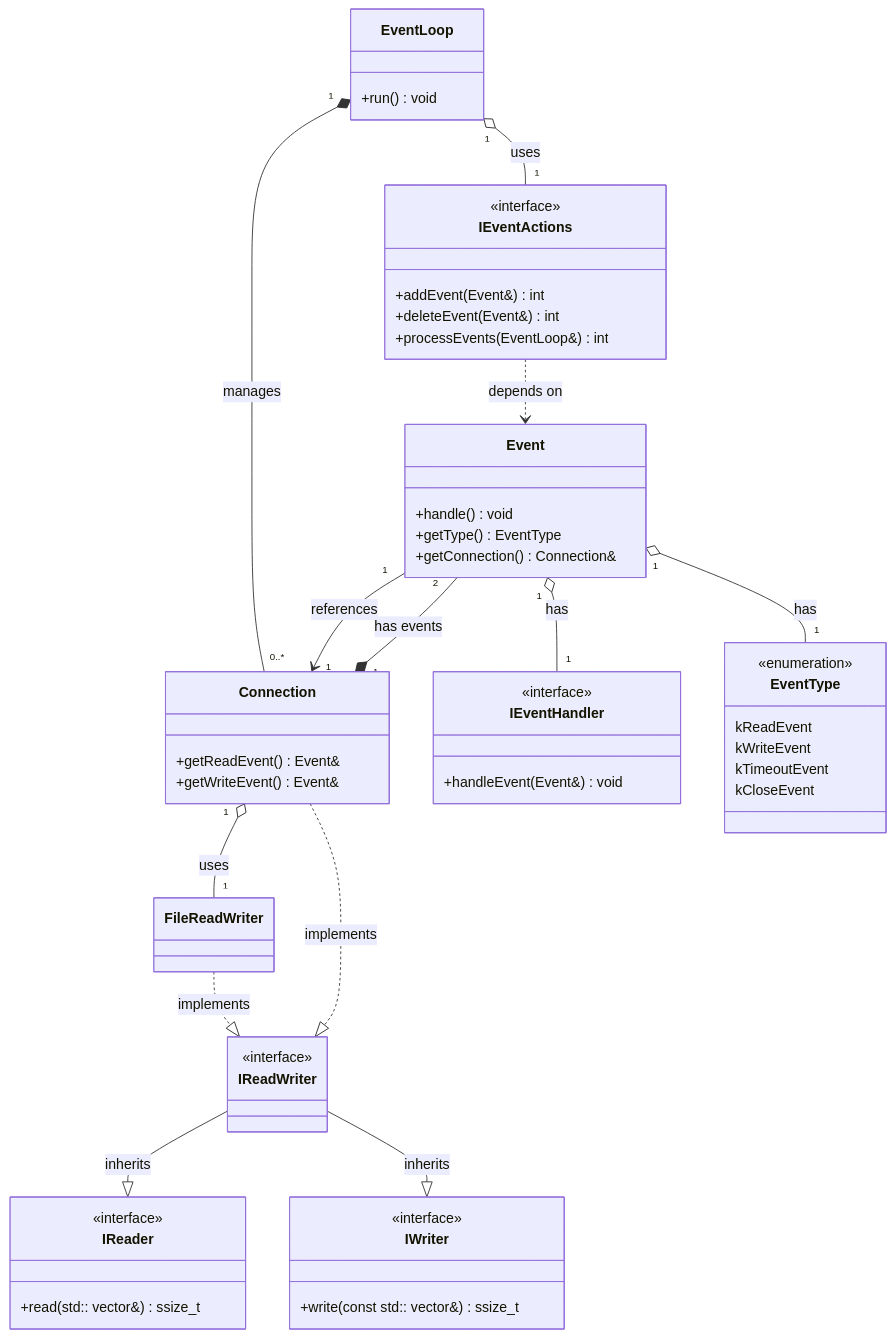
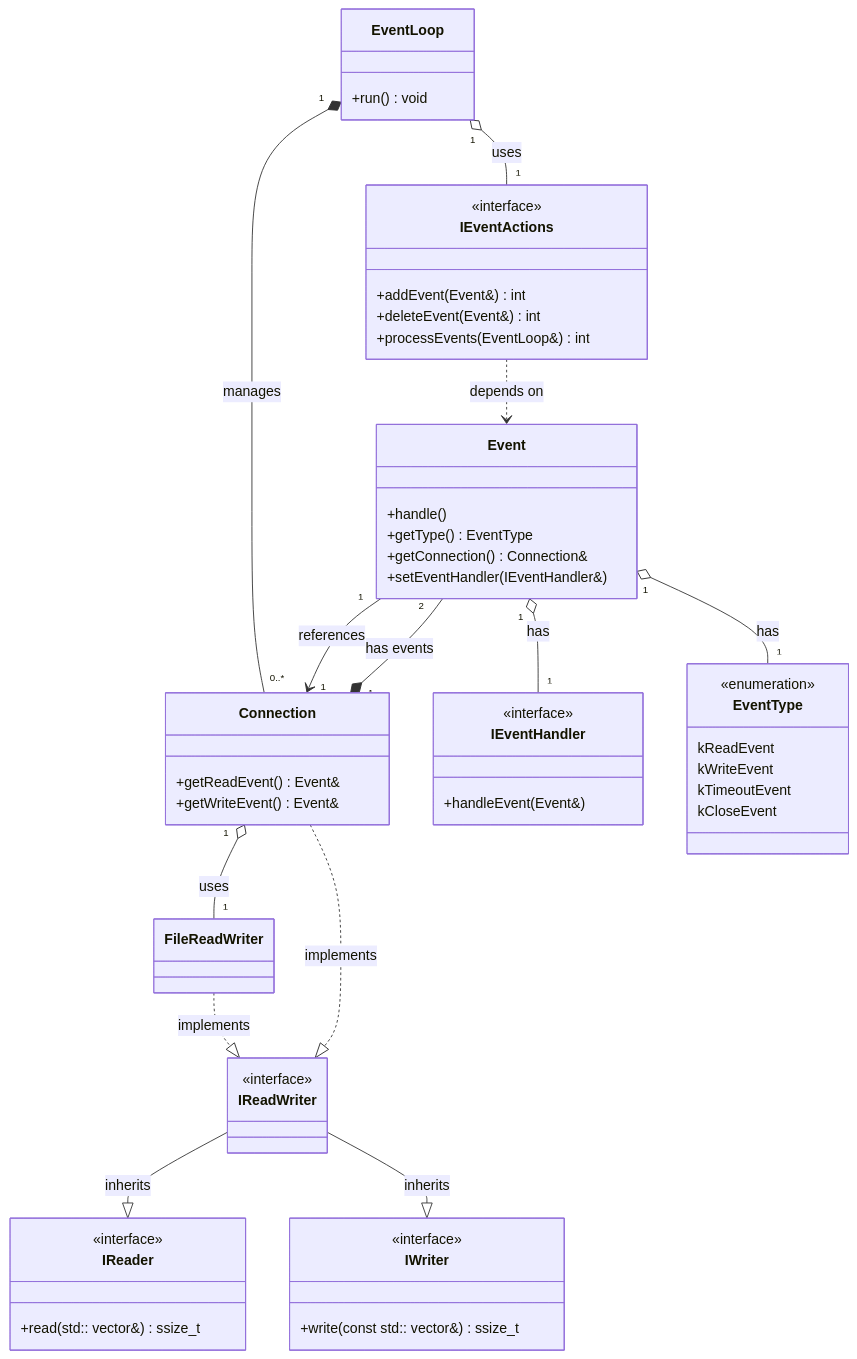
The diagram in docs/architecture.mmd (EringiShimeji/webserv), drawn with Mermaid before and after one commit. The commit also changed 1 other file, not shown here.

Commit message:
Event の改良

```diff
--- a/docs/architecture.mmd
+++ b/docs/architecture.mmd
@@ -1,56 +1,57 @@
 classDiagram
     class EventLoop {
         +run() void
     }
     class Connection {
         +getReadEvent() Event&
         +getWriteEvent() Event&
     }
     class Event {
-        +handle() void
+        +handle()
         +getType() EventType
         +getConnection() Connection&
+        +setEventHandler(IEventHandler&)
     }
     class IEventHandler {
         <<interface>>
-        +handleEvent(Event&) void
+        +handleEvent(Event&)
     }
     class IEventActions {
         <<interface>>
         +addEvent(Event&) int
         +deleteEvent(Event&) int
         +processEvents(EventLoop&) int
     }
     class EventType {
         <<enumeration>>
         kReadEvent
         kWriteEvent
         kTimeoutEvent
         kCloseEvent
     }
     class IReader {
         <<interface>>
         +read(std:: vector<uint8_t>&) ssize_t
     }
     class IWriter {
         <<interface>>
         +write(const std:: vector<uint8_t>&) ssize_t
     }
     class IReadWriter {
         <<interface>>
     }
     class FileReadWriter {
     }
 
 EventLoop "1" o-- "1" IEventActions: uses
 EventLoop "1" *-- "0..*" Connection: manages
 Connection "1" *-- "2" Event: has events
 Connection "1" o-- "1" FileReadWriter: uses
 Event "1" --> "1" Connection: references
 Event "1" o-- "1" IEventHandler: has
 Event "1" o-- "1" EventType: has
 IEventActions ..> Event: depends on
 IReadWriter --|> IReader: inherits
 IReadWriter --|> IWriter: inherits
 FileReadWriter ..|> IReadWriter: implements
 Connection ..|> IReadWriter: implements
```
